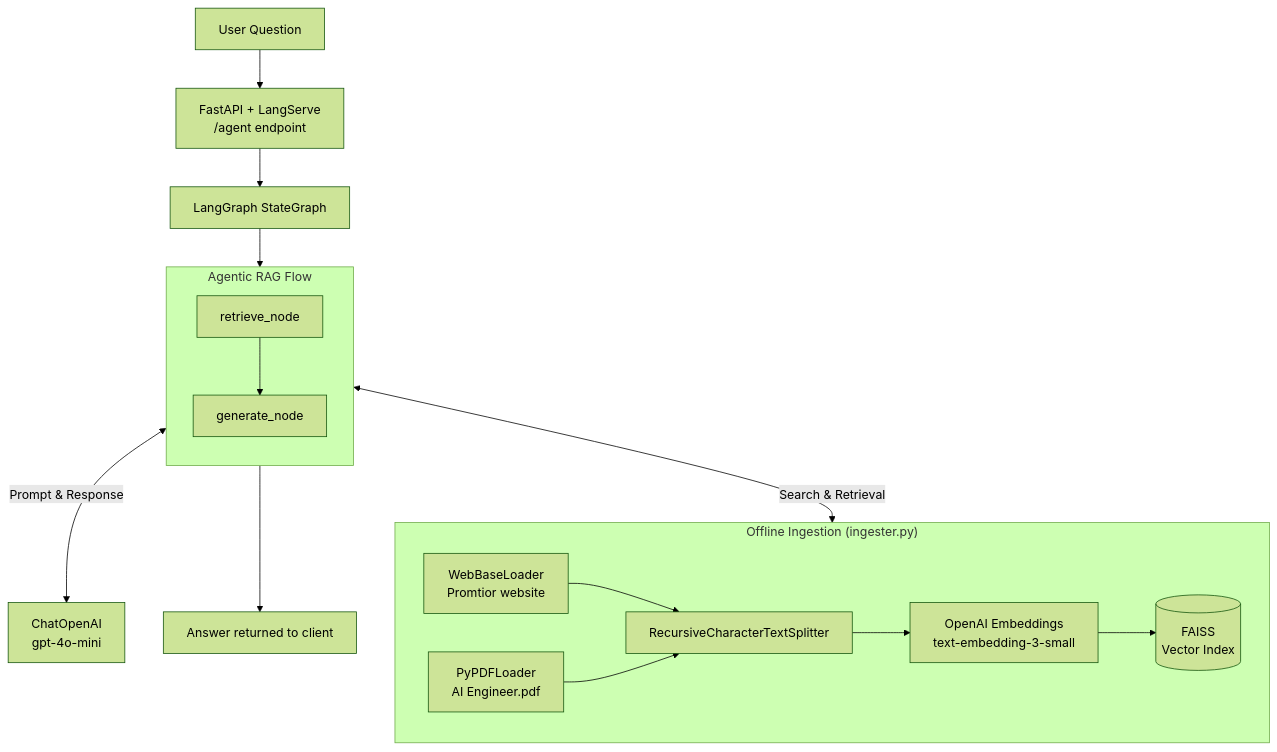
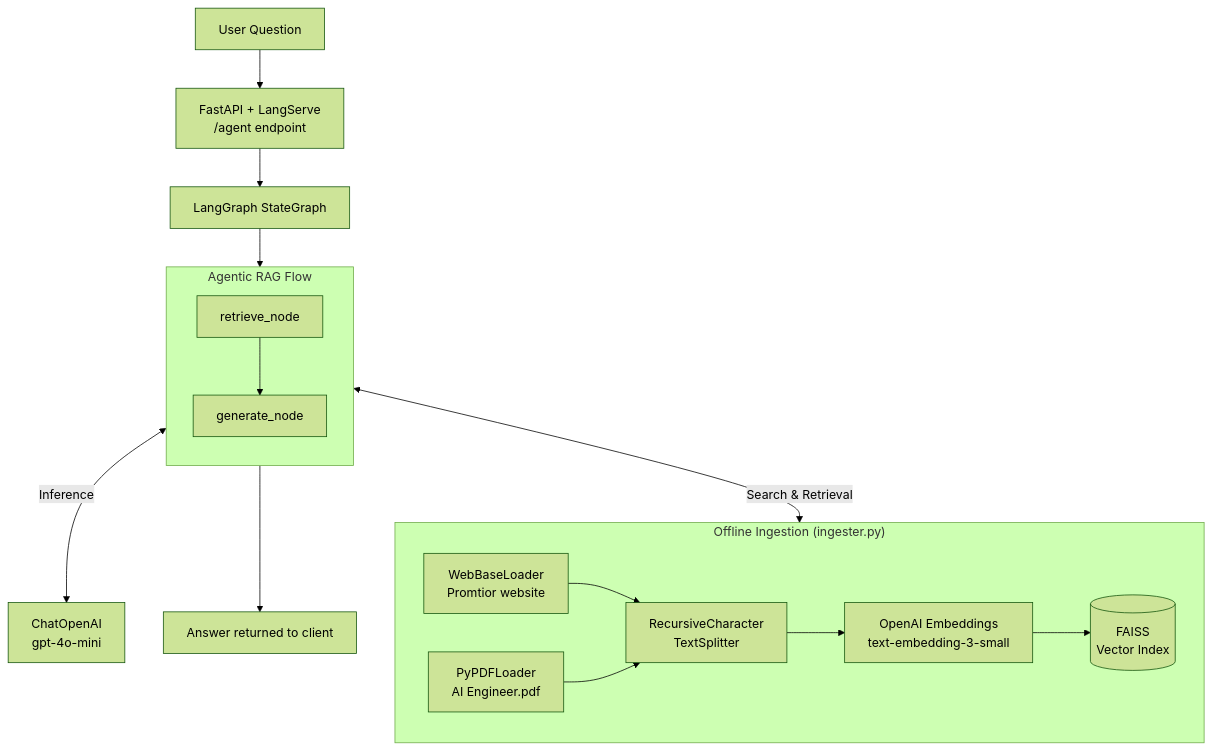
The diagram in doc/REPORT.md (Lochi011/promtior-ai-challenge), drawn with Mermaid (forest theme) before and after one commit.

Commit message:
report fix

````diff
--- a/doc/REPORT.md
+++ b/doc/REPORT.md
@@ -34,26 +34,26 @@
 ```mermaid
 graph TD
-    %% --- SECCIÓN DE INGESTA ---
+    %% --- SECCIÓN DE DATOS (Izquierda) ---
     subgraph Ingestion["Offline Ingestion (ingester.py)"]
         direction LR
-        I["WebBaseLoader\nPromtior website"] --> K["RecursiveCharacterTextSplitter"]
-        J["PyPDFLoader\nAI Engineer.pdf"] --> K
-        K --> L["OpenAI Embeddings\ntext-embedding-3-small"]
-        L --> F[("FAISS\nVector Index")]
+        I["WebBaseLoader<br/>Promtior website"] --> K["RecursiveCharacter<br/>TextSplitter"]
+        J["PyPDFLoader<br/>AI Engineer.pdf"] --> K
+        K --> L["OpenAI Embeddings<br/>text-embedding-3-small"]
+        L --> F[("FAISS<br/>Vector Index")]
     end
 
-    %% --- FLUJO DE USUARIO ---
-    A["User Question"] --> B["FastAPI + LangServe\n/agent endpoint"]
+    %% --- FLUJO PRINCIPAL (Centro/Derecha) ---
+    A["User Question"] --> B["FastAPI + LangServe<br/>/agent endpoint"]
     B --> C["LangGraph StateGraph"]
 
     subgraph Flow["Agentic RAG Flow"]
         direction TB
         D["retrieve_node"] --> E["generate_node"]
     end
 
-    %% --- INTERACCIONES ---
+    %% --- CONEXIONES LIMPIAS ---
     C --> D
     D <-->|Search & Retrieval| F
-    E <-->|Prompt & Response| G["ChatOpenAI\ngpt-4o-mini"]
+    E <-->|Inference| G["ChatOpenAI<br/>gpt-4o-mini"]
     E --> H["Answer returned to client"]
 ```
````
